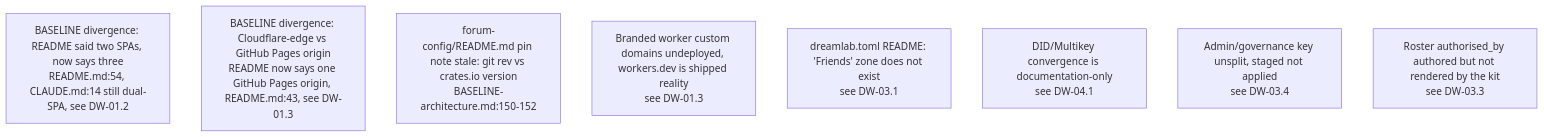
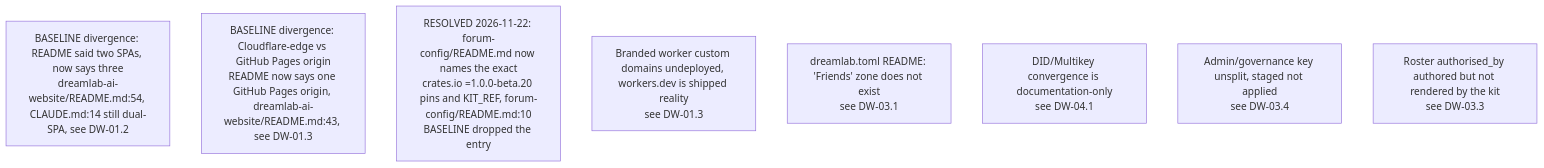
One commit to DreamLab-AI/VisionFlow changed the fifth of 7 diagrams in docs/diagrams/dreamlab-ai-website/06-content-pipeline-and-invariants-register.md. Above: the diagram before and after it, drawn with Mermaid. The commit also changed other lines of this file and 6 other files, not shown here.

First line of the commit message:
docs(diagrams): re-verify dreamlab-ai-website DW-01..06, DW-10 against 567bed6

````diff
--- a/docs/diagrams/dreamlab-ai-website/06-content-pipeline-and-invariants-register.md
+++ b/docs/diagrams/dreamlab-ai-website/06-content-pipeline-and-invariants-register.md
@@ -111,11 +113,11 @@
 ```mermaid
 flowchart TB
-    D1["BASELINE divergence: README said two SPAs, now says three<br/>README.md:54, CLAUDE.md:14 still dual-SPA, see DW-01.2"]
-    D2["BASELINE divergence: Cloudflare-edge vs GitHub Pages origin<br/>README now says one GitHub Pages origin, README.md:43, see DW-01.3"]
-    D3["forum-config/README.md pin note stale: git rev vs crates.io version<br/>BASELINE-architecture.md:150-152"]
+    D1["BASELINE divergence: README said two SPAs, now says three<br/>dreamlab-ai-website/README.md:54, CLAUDE.md:14 still dual-SPA, see DW-01.2"]
+    D2["BASELINE divergence: Cloudflare-edge vs GitHub Pages origin<br/>README now says one GitHub Pages origin, dreamlab-ai-website/README.md:43, see DW-01.3"]
+    D3["RESOLVED 2026-11-22: forum-config/README.md now names the exact<br/>crates.io =1.0.0-beta.20 pins and KIT_REF, forum-config/README.md:10<br/>BASELINE dropped the entry"]
     D4["Branded worker custom domains undeployed, workers.dev is shipped reality<br/>see DW-01.3"]
     D5["dreamlab.toml README: 'Friends' zone does not exist<br/>see DW-03.1"]
     D6["DID/Multikey convergence is documentation-only<br/>see DW-04.1"]
     D7["Admin/governance key unsplit, staged not applied<br/>see DW-03.4"]
     D8["Roster authorised_by authored but not rendered by the kit<br/>see DW-03.3"]
 ```
````
